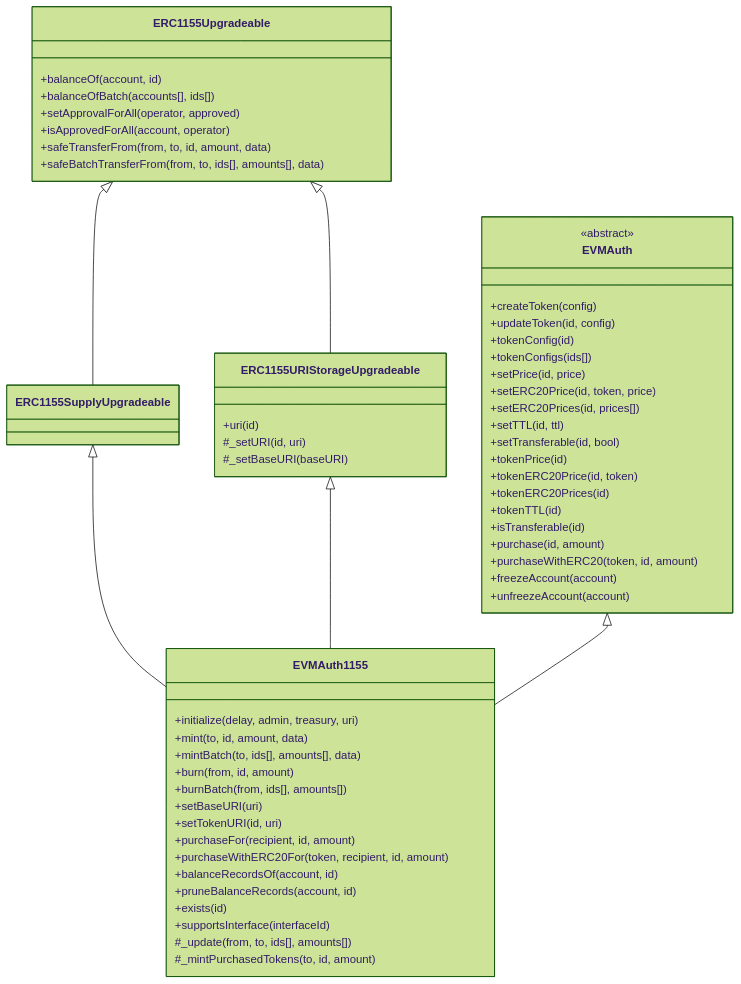
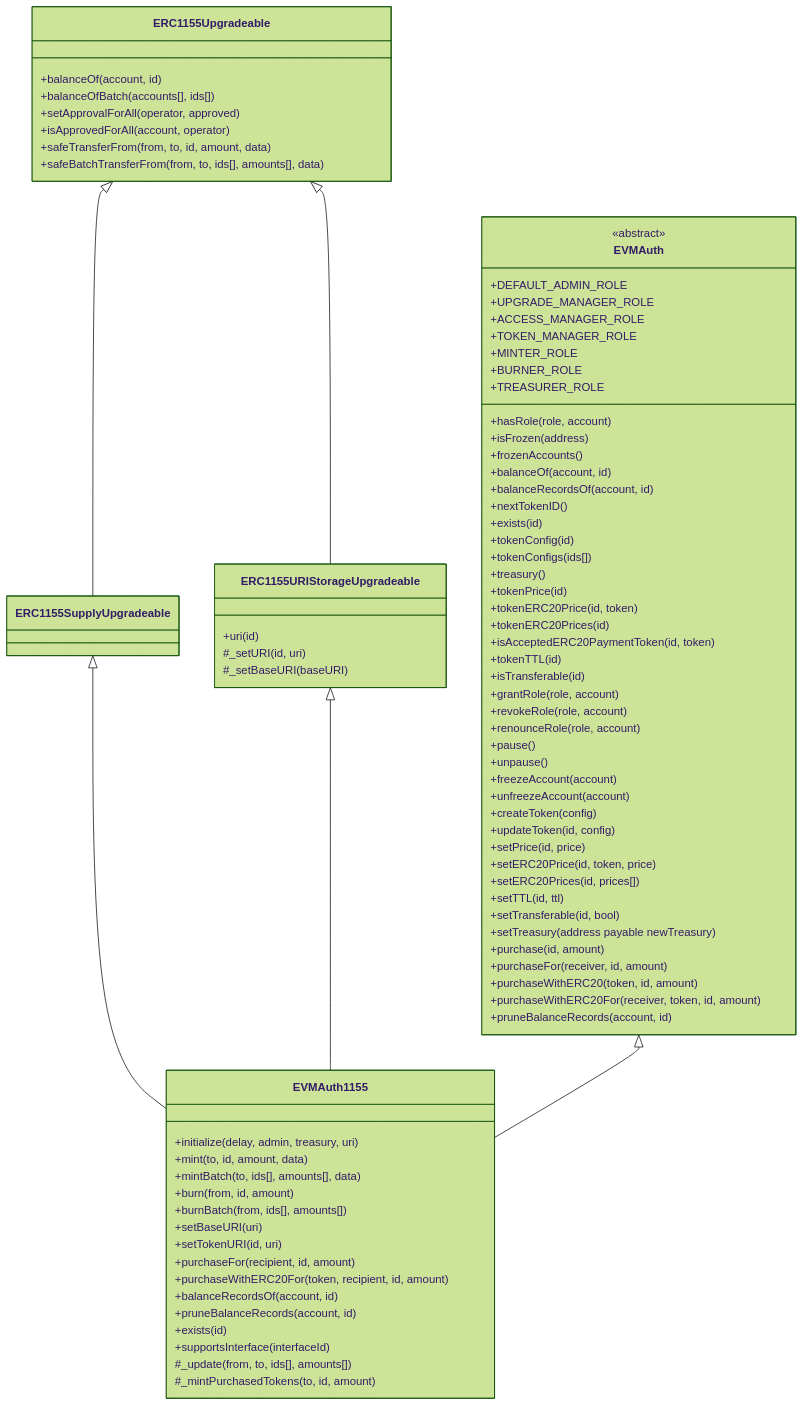
Before and after one commit to glanzz/evmauth-core: the second of 3 diagrams in README.md, drawn with Mermaid (forest theme). The commit also changed other lines of this file and 5 other files, not shown here.

Commit message:
feat: use shared update logic for balance records

```diff
--- a/README.md
+++ b/README.md
@@ -251,24 +259,49 @@
 classDiagram
     class EVMAuth {
         <<abstract>>
+        +DEFAULT_ADMIN_ROLE
+        +UPGRADE_MANAGER_ROLE
+        +ACCESS_MANAGER_ROLE
+        +TOKEN_MANAGER_ROLE
+        +MINTER_ROLE
+        +BURNER_ROLE
+        +TREASURER_ROLE
+        +hasRole(role, account)
+        +isFrozen(address)
+        +frozenAccounts()
+        +balanceOf(account, id)
+        +balanceRecordsOf(account, id)
+        +nextTokenID()
+        +exists(id)
+        +tokenConfig(id)
+        +tokenConfigs(ids[])
+        +treasury()
+        +tokenPrice(id)
+        +tokenERC20Price(id, token)
+        +tokenERC20Prices(id)
+        +isAcceptedERC20PaymentToken(id, token)
+        +tokenTTL(id)
+        +isTransferable(id)
+        +grantRole(role, account)
+        +revokeRole(role, account)
+        +renounceRole(role, account)
+        +pause()
+        +unpause()
+        +freezeAccount(account)
+        +unfreezeAccount(account)
         +createToken(config)
         +updateToken(id, config)
-        +tokenConfig(id)
-        +tokenConfigs(ids[])
         +setPrice(id, price)
         +setERC20Price(id, token, price)
         +setERC20Prices(id, prices[])
         +setTTL(id, ttl)
         +setTransferable(id, bool)
-        +tokenPrice(id)
-        +tokenERC20Price(id, token)
-        +tokenERC20Prices(id)
-        +tokenTTL(id)
-        +isTransferable(id)
+        +setTreasury(address payable newTreasury)
         +purchase(id, amount)
+        +purchaseFor(receiver, id, amount)
         +purchaseWithERC20(token, id, amount)
-        +freezeAccount(account)
-        +unfreezeAccount(account)
+        +purchaseWithERC20For(receiver, token, id, amount)
+        +pruneBalanceRecords(account, id)
     }
     
     class ERC1155Upgradeable {
```
